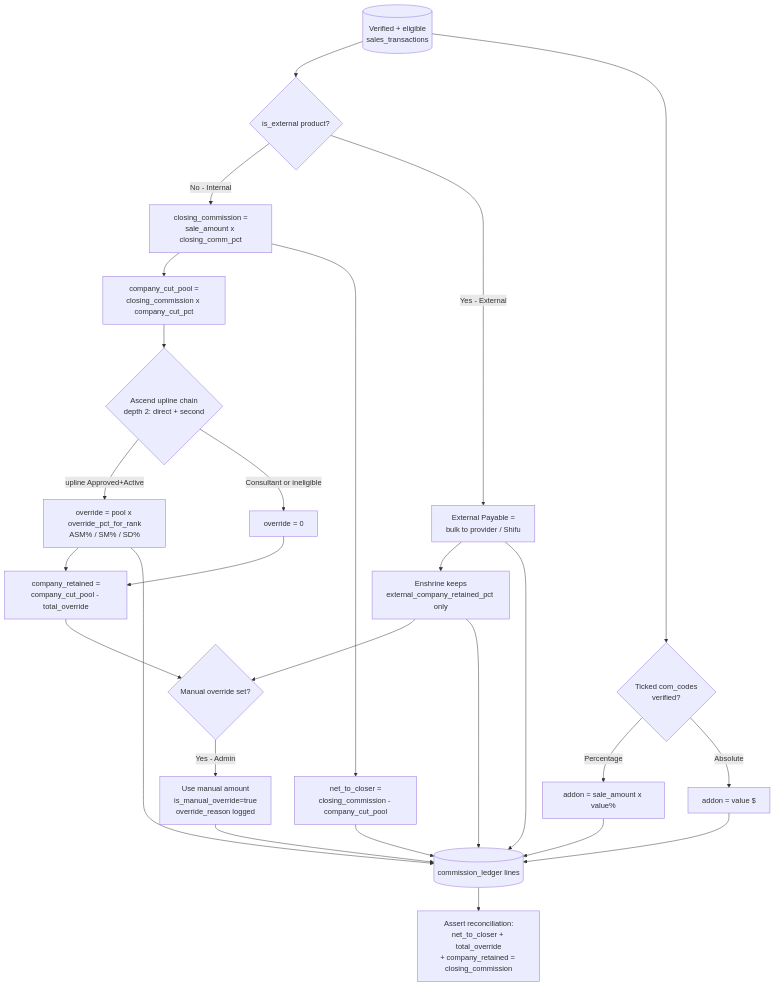
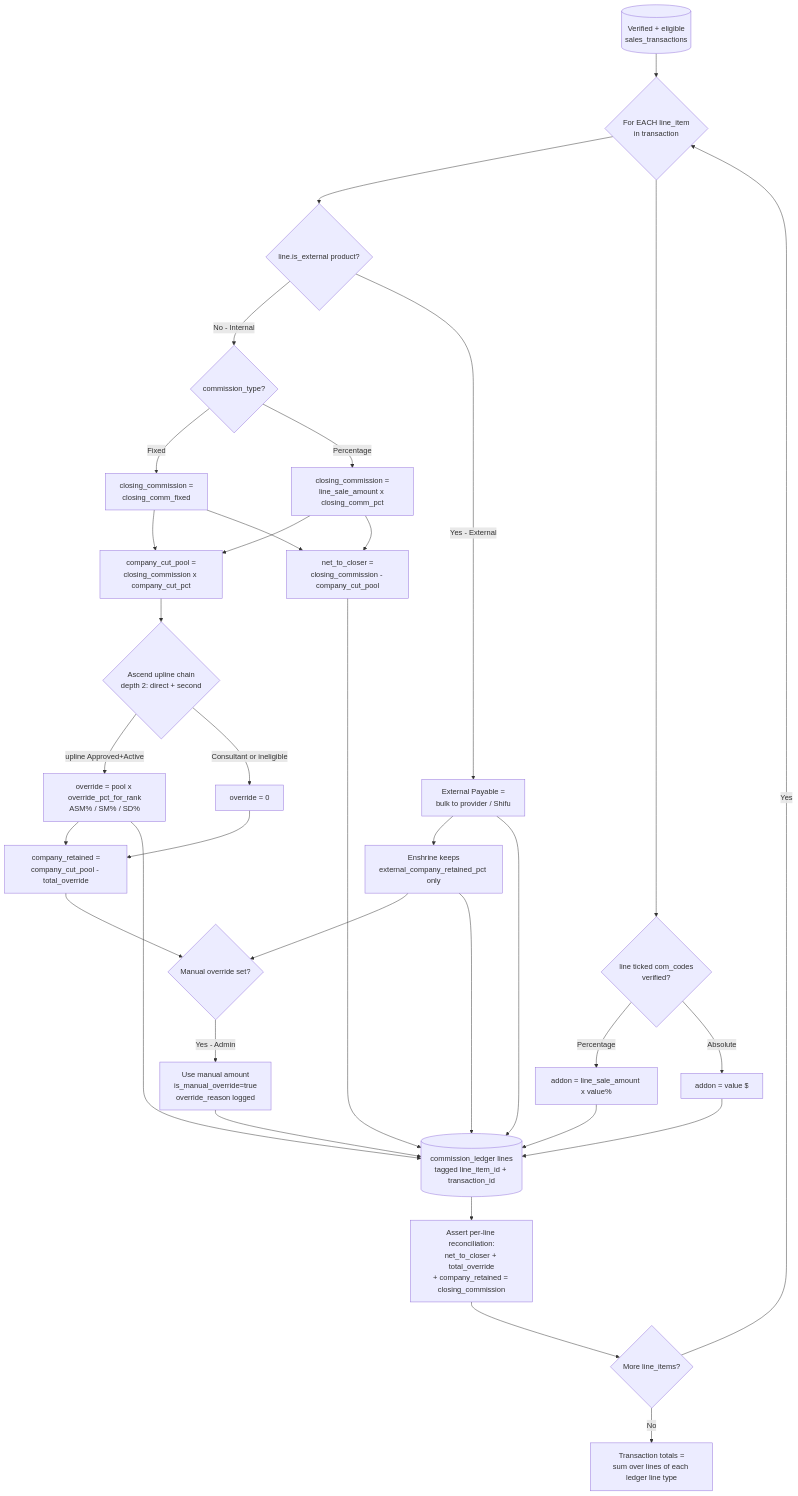
One commit to Mavrone81/VirtualOffice changed the eighth of 15 diagrams in HR System for COM service/docs/03_Workflow_Diagrams.md. Above: the diagram before and after it, drawn with Mermaid. The commit also changed other lines of this file and 15 other files, not shown here.

````diff
--- a/HR System for COM service/docs/03_Workflow_Diagrams.md
+++ b/HR System for COM service/docs/03_Workflow_Diagrams.md
@@ -205,34 +241,43 @@
 ```mermaid
 flowchart TD
-    A[(Verified + eligible<br/>sales_transactions)] --> M{is_external product?}
+    A[(Verified + eligible<br/>sales_transactions)] --> L0{For EACH line_item<br/>in transaction}
 
-    M -->|No - Internal| B[closing_commission =<br/>sale_amount x closing_comm_pct]
-    B --> C[company_cut_pool =<br/>closing_commission x company_cut_pct]
-    B --> D[net_to_closer =<br/>closing_commission - company_cut_pool]
+    L0 --> M{line.is_external product?}
+
+    M -->|No - Internal| CT{commission_type?}
+    CT -->|Fixed| B1[closing_commission =<br/>closing_comm_fixed]
+    CT -->|Percentage| B2[closing_commission =<br/>line_sale_amount x closing_comm_pct]
+    B1 --> C[company_cut_pool =<br/>closing_commission x company_cut_pct]
+    B2 --> C
+    B1 --> D[net_to_closer =<br/>closing_commission - company_cut_pool]
+    B2 --> D
     C --> E{Ascend upline chain<br/>depth 2: direct + second}
     E -->|upline Approved+Active| F[override = pool x override_pct_for_rank<br/>ASM% / SM% / SD%]
     E -->|Consultant or ineligible| G[override = 0]
     F --> H[company_retained =<br/>company_cut_pool - total_override]
     G --> H
 
-    A --> I{Ticked com_codes<br/>verified?}
-    I -->|Percentage| J[addon = sale_amount x value%]
+    L0 --> I{line ticked com_codes<br/>verified?}
+    I -->|Percentage| J[addon = line_sale_amount x value%]
     I -->|Absolute| K[addon = value $]
 
     M -->|Yes - External| N[External Payable =<br/>bulk to provider / Shifu]
     N --> O[Enshrine keeps<br/>external_company_retained_pct only]
 
     P{Manual override set?} -->|Yes - Admin| Q[Use manual amount<br/>is_manual_override=true<br/>override_reason logged]
     H --> P
     O --> P
 
-    Q --> R[(commission_ledger lines)]
+    Q --> R[(commission_ledger lines<br/>tagged line_item_id + transaction_id)]
     D --> R
     F --> R
     J --> R
     K --> R
     N --> R
     O --> R
 
-    R --> S[Assert reconciliation:<br/>net_to_closer + total_override<br/>+ company_retained = closing_commission]
+    R --> S[Assert per-line reconciliation:<br/>net_to_closer + total_override<br/>+ company_retained = closing_commission]
+    S --> T{More line_items?}
+    T -->|Yes| L0
+    T -->|No| U[Transaction totals =<br/>sum over lines of each ledger line type]
 ```
````
